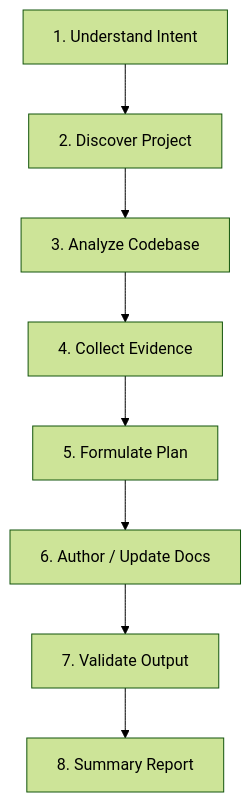
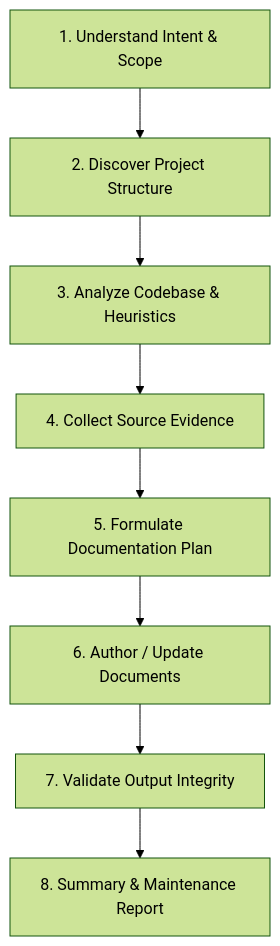
The diagram in README.md (hoducvinhh/code-documentation), drawn with Mermaid (forest theme) before and after one commit. The commit also changed other lines of this file and 6 other files, not shown here.

````diff
--- a/README.md
+++ b/README.md
@@ -113,10 +120,10 @@
 ```mermaid
 flowchart TD
-    S1["1. Understand Intent"] --> S2["2. Discover Project"]
-    S2 --> S3["3. Analyze Codebase"]
-    S3 --> S4["4. Collect Evidence"]
-    S4 --> S5["5. Formulate Plan"]
-    S5 --> S6["6. Author / Update Docs"]
-    S6 --> S7["7. Validate Output"]
-    S7 --> S8["8. Summary Report"]
+    S1["1. Understand Intent & Scope"] --> S2["2. Discover Project Structure"]
+    S2 --> S3["3. Analyze Codebase & Heuristics"]
+    S3 --> S4["4. Collect Source Evidence"]
+    S4 --> S5["5. Formulate Documentation Plan"]
+    S5 --> S6["6. Author / Update Documents"]
+    S6 --> S7["7. Validate Output Integrity"]
+    S7 --> S8["8. Summary & Maintenance Report"]
 ```
````
